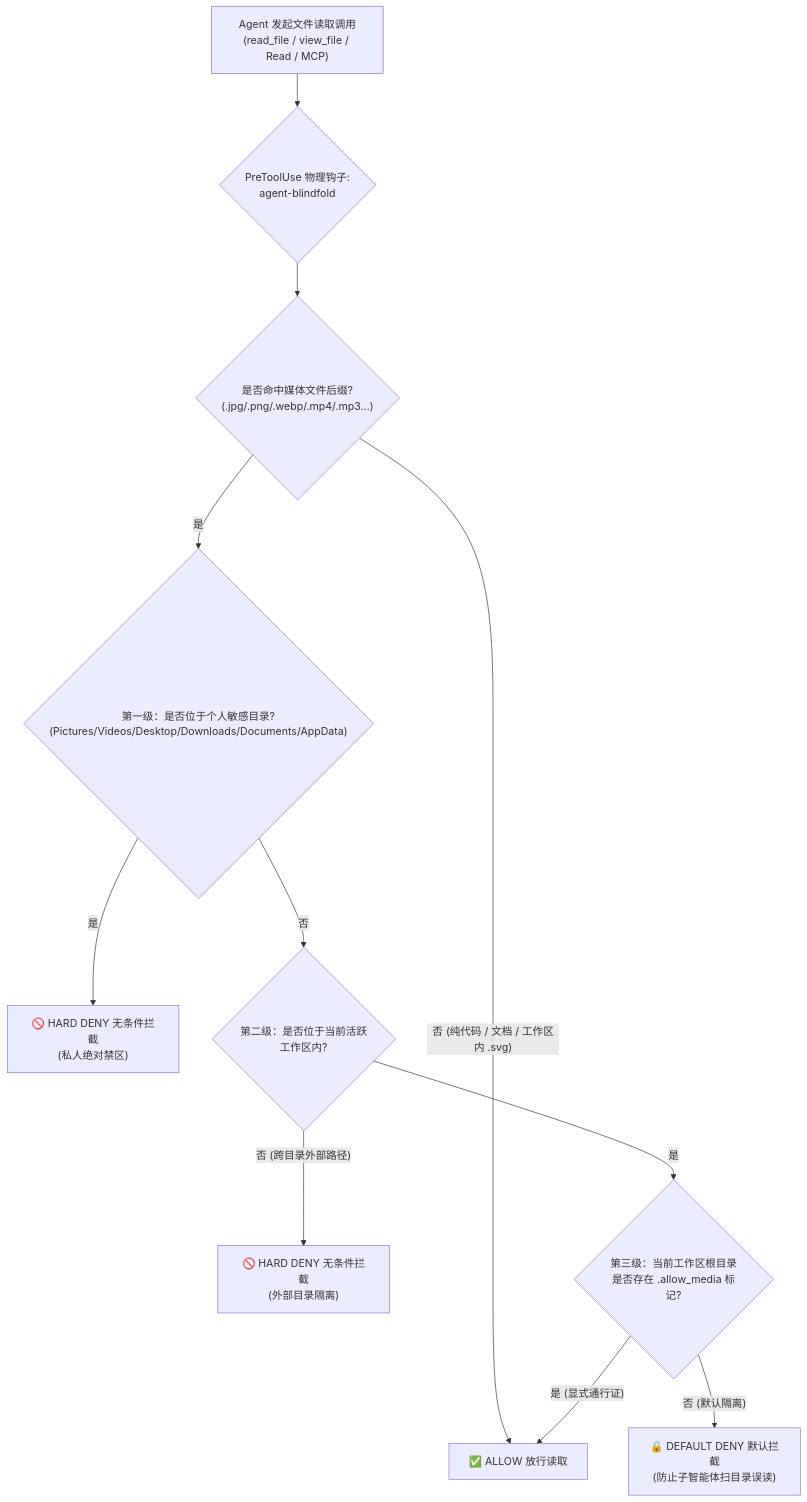
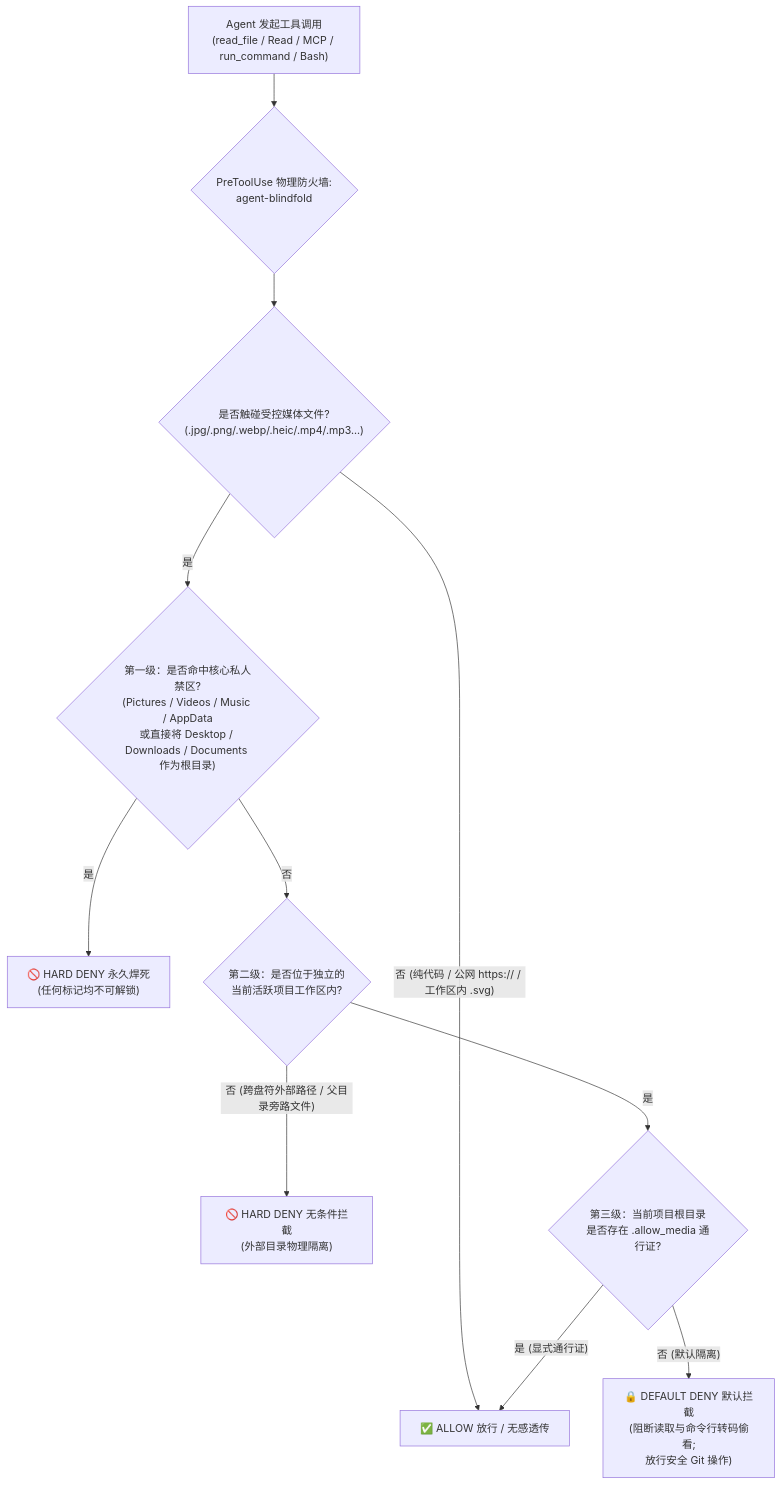
Before and after one commit to zanex-dev/agent-blindfold: the diagram in README_zh.md, drawn with Mermaid. The commit also changed other lines of this file and 14 other files, not shown here.

````diff
--- a/README_zh.md
+++ b/README_zh.md
@@ -36,13 +39,13 @@
 ```mermaid
 flowchart TD
-    A["Agent 发起文件读取调用<br/>(read_file / view_file / Read / MCP)"] --> B{"PreToolUse 物理钩子:<br/>agent-blindfold"}
-    B --> C{"是否命中媒体文件后缀?<br/>(.jpg/.png/.webp/.mp4/.mp3...)"}
-    C -- "否 (纯代码 / 文档 / 工作区内 .svg)" --> ALLOW["✅ ALLOW 放行读取"]
-    C -- "是" --> D{"第一级：是否位于个人敏感目录?<br/>(Pictures/Videos/Desktop/Downloads/Documents/AppData)"}
-    D -- "是" --> DENY1["🚫 HARD DENY 无条件拦截<br/>(私人绝对禁区)"]
-    D -- "否" --> E{"第二级：是否位于当前活跃工作区内?"}
-    E -- "否 (跨目录外部路径)" --> DENY2["🚫 HARD DENY 无条件拦截<br/>(外部目录隔离)"]
-    E -- "是" --> F{"第三级：当前工作区根目录<br/>是否存在 .allow_media 标记?"}
-    F -- "否 (默认隔离)" --> DENY3["🔒 DEFAULT DENY 默认拦截<br/>(防止子智能体扫目录误读)"]
+    A["Agent 发起工具调用<br/>(read_file / Read / MCP / run_command / Bash)"] --> B{"PreToolUse 物理防火墙:<br/>agent-blindfold"}
+    B --> C{"是否触碰受控媒体文件?<br/>(.jpg/.png/.webp/.heic/.mp4/.mp3...)"}
+    C -- "否 (纯代码 / 公网 https:// / 工作区内 .svg)" --> ALLOW["✅ ALLOW 放行 / 无感透传"]
+    C -- "是" --> D{"第一级：是否命中核心私人禁区?<br/>(Pictures / Videos / Music / AppData<br/>或直接将 Desktop / Downloads / Documents 作为根目录)"}
+    D -- "是" --> DENY1["🚫 HARD DENY 永久焊死<br/>(任何标记均不可解锁)"]
+    D -- "否" --> E{"第二级：是否位于独立的<br/>当前活跃项目工作区内?"}
+    E -- "否 (跨盘符外部路径 / 父目录旁路文件)" --> DENY2["🚫 HARD DENY 无条件拦截<br/>(外部目录物理隔离)"]
+    E -- "是" --> F{"第三级：当前项目根目录<br/>是否存在 .allow_media 通行证?"}
+    F -- "否 (默认隔离)" --> DENY3["🔒 DEFAULT DENY 默认拦截<br/>(阻断读取与命令行转码偷看;<br/>放行安全 Git 操作)"]
     F -- "是 (显式通行证)" --> ALLOW
 ```
````
